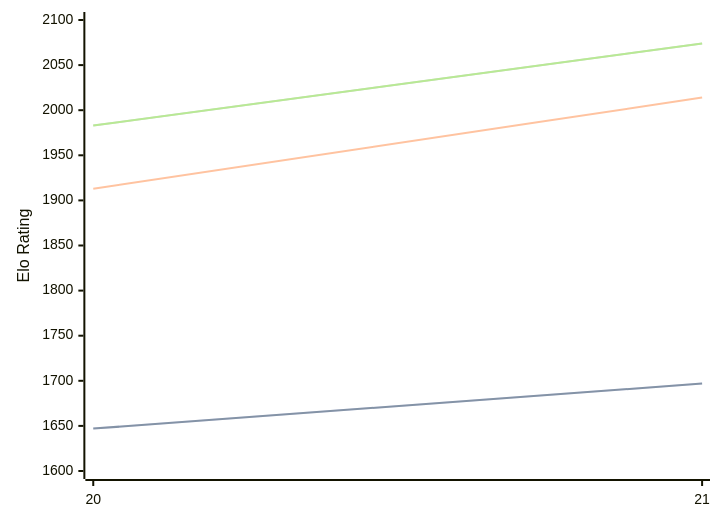
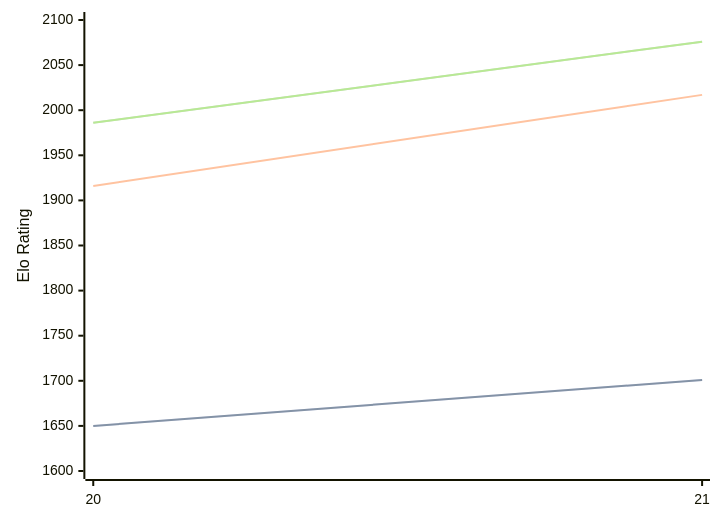
The diagram in engines/PurplePanda.md (computer-chess-index/cci), drawn with Mermaid before and after one commit. The commit also changed other lines of this file, not shown here.

Commit message:
Update CCI Ratings (ELO VLTC) - 2026-09-24

````diff
--- a/engines/PurplePanda.md
+++ b/engines/PurplePanda.md
@@ -32,11 +32,11 @@
 ```mermaid
 %%{init: {"theme":"base","themeVariables":{"seriesColors:['#a3a3a3','#222221','#faa371']}}}%%
 xychart-beta
   x-axis ["20", "21"]
   y-axis "Elo Rating" 1600 --> 2100
-  line "" [1647, 1697]
-  line "STC (8.0+0.08s)" [1647, 1697]
-  line "LTC (60.0+0.60s)" [1913, 2014]
-  line "" [1983, 2074]
-  line "VLTC (2m24s+1.12s)" [1983, 2074]
+  line "" [1650, 1701]
+  line "STC (8.0+0.08s)" [1650, 1701]
+  line "LTC (60.0+0.60s)" [1916, 2017]
+  line "" [1986, 2076]
+  line "VLTC (2m24s+1.12s)" [1986, 2076]
 ```
````
